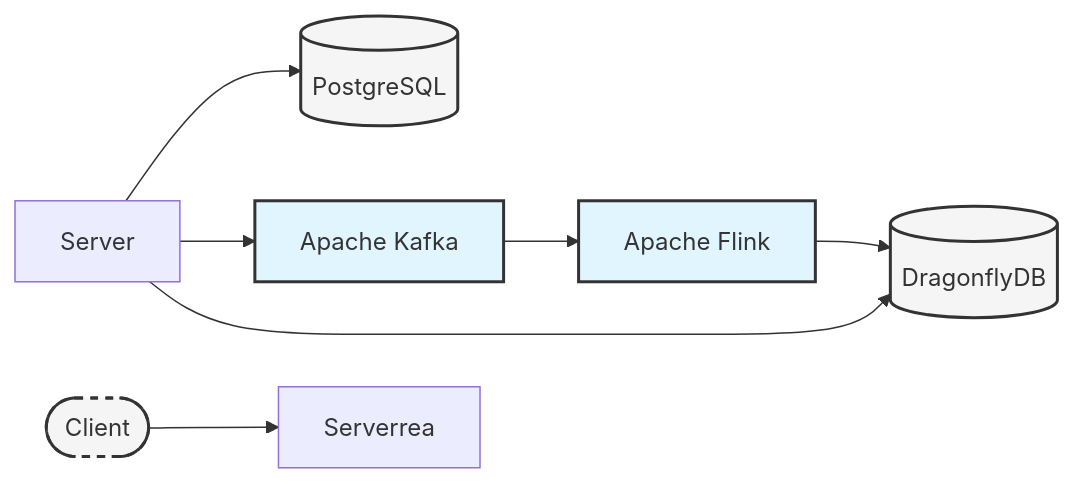
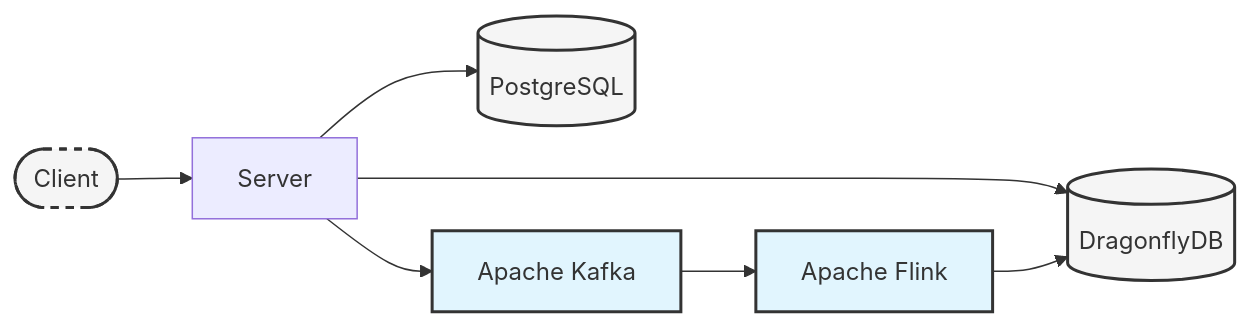
Before and after one commit to wcygan/ping: the diagram in documentation/ping-v2/0-README.md, drawn with Mermaid. The commit also changed other lines of this file, not shown here.

Commit message:
feat: Add DragonflyDB integration and document architecture changes

````diff
--- a/documentation/ping-v2/0-README.md
+++ b/documentation/ping-v2/0-README.md
@@ -7,24 +28,24 @@
 ```mermaid
 flowchart LR
     Client([Client])
     Server[Server]
     PG[(PostgreSQL)]
     Kafka[Apache Kafka]
     Flink[Apache Flink]
     DragonflyDB[(DragonflyDB)]
     
-    Client --> Serverrea
+    Client --> Server
     Server --> PG
     Server --> Kafka
     Server --> DragonflyDB
     Kafka --> Flink
     Flink --> DragonflyDB
     
     classDef database fill:#f5f5f5,stroke:#333,stroke-width:2px
     classDef processing fill:#e1f5fe,stroke:#333,stroke-width:2px
     classDef client fill:#f5f5f5,stroke:#333,stroke-width:2px,stroke-dasharray: 5 5
     
     class PG,DragonflyDB database
     class Kafka,Flink processing
     class Client client
 ```
````
